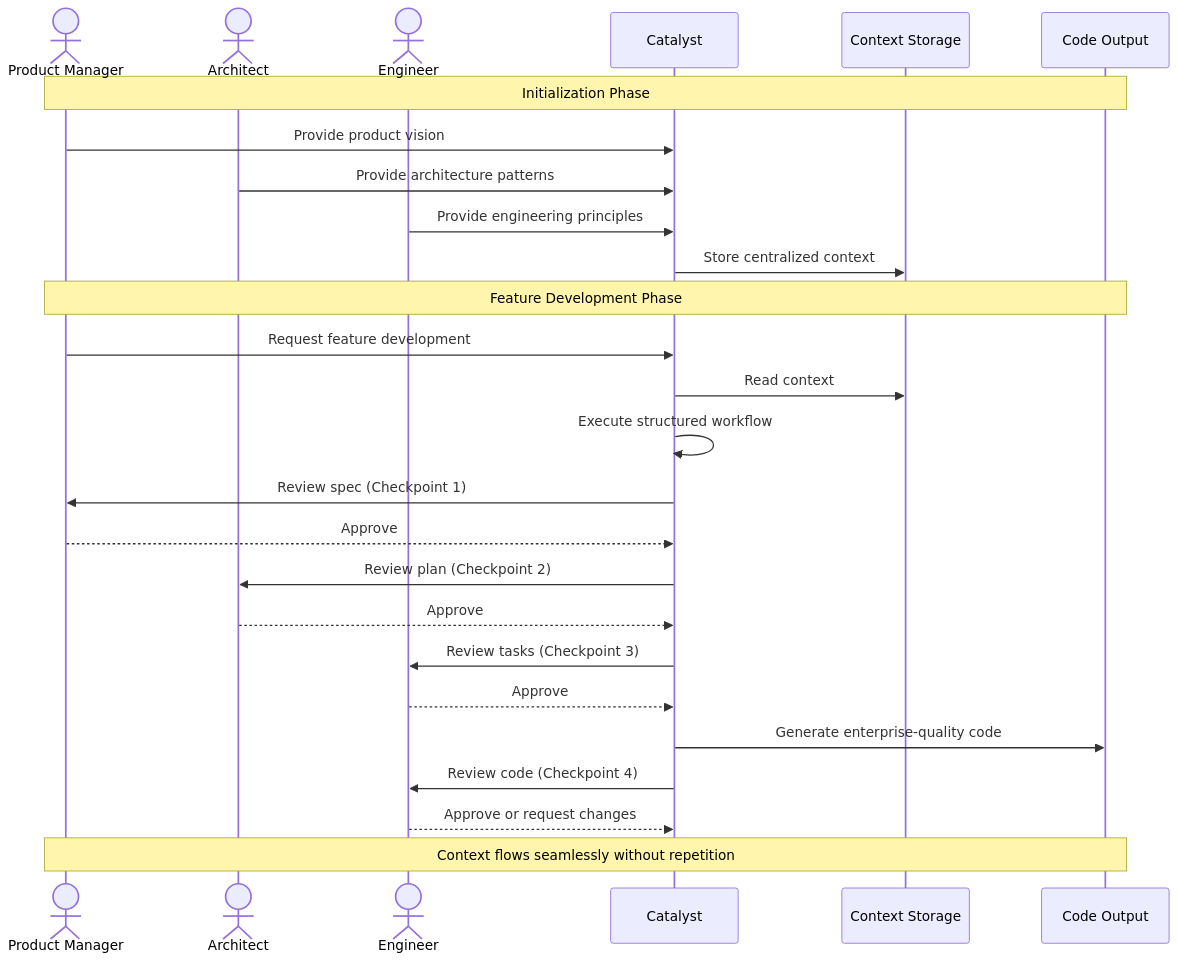
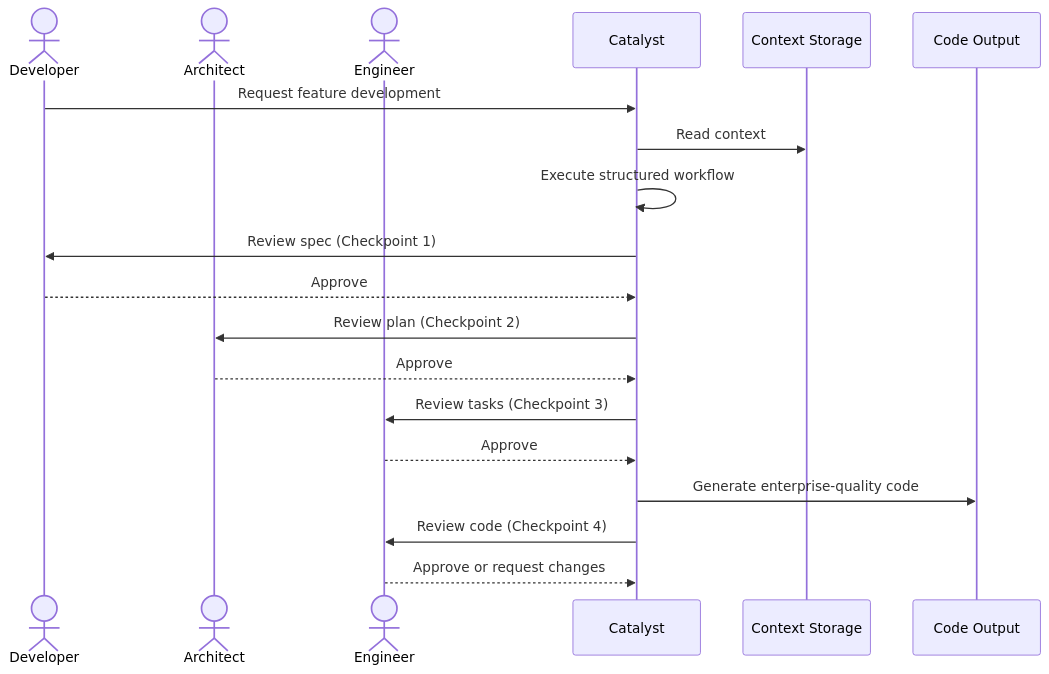
One commit to Xerilium/catalyst changed the third of 3 diagrams in .xe/customer-journey.md. Above: the diagram before and after it, drawn with Mermaid. The commit also changed other lines of this file and 8 other files, not shown here.

````diff
--- a/.xe/customer-journey.md
+++ b/.xe/customer-journey.md
@@ -5,35 +49,26 @@
 ```mermaid
 sequenceDiagram
-    actor PM as Product Manager
+    actor Dev as Developer
     actor Arch as Architect
     actor Eng as Engineer
     participant Cat as Catalyst
     participant Ctx as Context Storage
     participant Code as Code Output
 
-    Note over PM,Code: Initialization Phase
-    PM->>Cat: Provide product vision
-    Arch->>Cat: Provide architecture patterns
-    Eng->>Cat: Provide engineering principles
-    Cat->>Ctx: Store centralized context
-
-    Note over PM,Code: Feature Development Phase
-    PM->>Cat: Request feature development
+    Dev->>Cat: Request feature development
     Cat->>Ctx: Read context
     Cat->>Cat: Execute structured workflow
 
-    Cat->>PM: Review spec (Checkpoint 1)
-    PM-->>Cat: Approve
+    Cat->>Dev: Review spec (Checkpoint 1)
+    Dev-->>Cat: Approve
 
     Cat->>Arch: Review plan (Checkpoint 2)
     Arch-->>Cat: Approve
 
     Cat->>Eng: Review tasks (Checkpoint 3)
     Eng-->>Cat: Approve
 
     Cat->>Code: Generate enterprise-quality code
     Cat->>Eng: Review code (Checkpoint 4)
     Eng-->>Cat: Approve or request changes
-
-    Note over PM,Code: Context flows seamlessly without repetition
 ```
````
